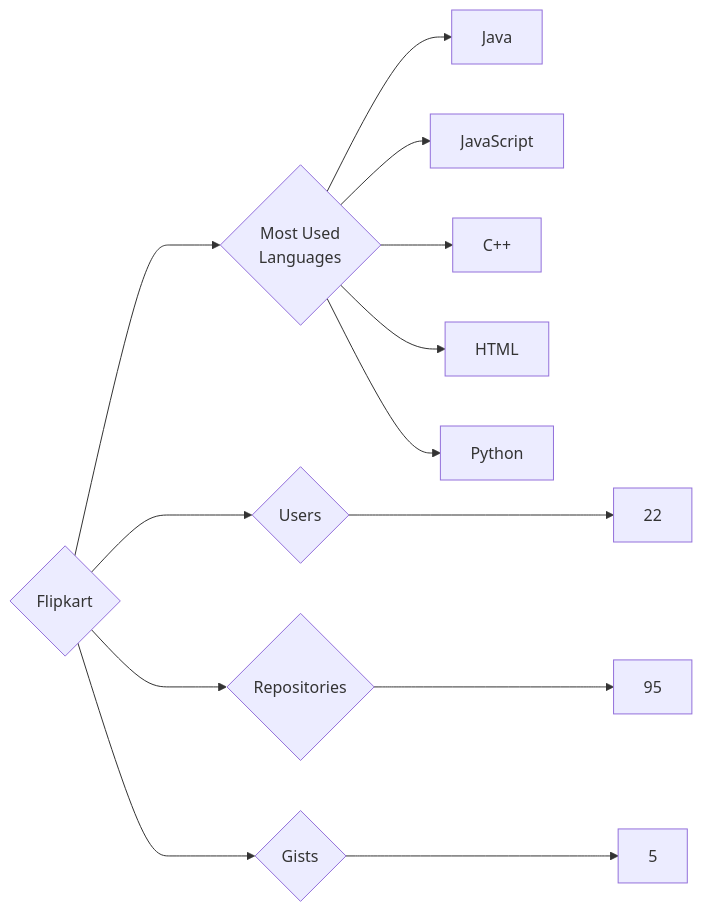
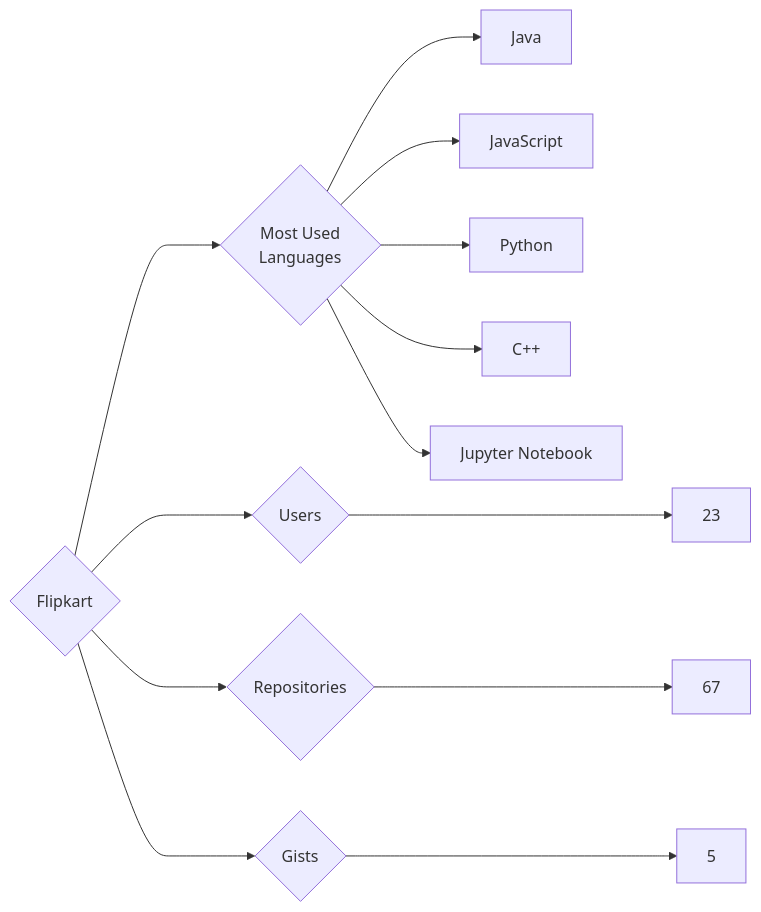
Before and after one commit to trickest/insiders: the diagram in targets/Flipkart/README.md, drawn with Mermaid. The commit also changed 925 other files, not shown here.

````diff
--- a/targets/Flipkart/README.md
+++ b/targets/Flipkart/README.md
@@ -3,13 +3,13 @@
 ```mermaid
 graph LR
 COMPANY_NAME{Flipkart}
-COMPANY_NAME ---> U{Users} ---> UN[22]
-COMPANY_NAME ---> R{Repositories} ---> RN[95]
+COMPANY_NAME ---> U{Users} ---> UN[23]
+COMPANY_NAME ---> R{Repositories} ---> RN[67]
 COMPANY_NAME ---> G{Gists} ---> GN[5]
 COMPANY_NAME ---> ML{Most Used<br>Languages}
 ML --> Java[Java]
 ML --> JavaScript[JavaScript]
+ML --> Python[Python]
 ML --> C++[C++]
-ML --> HTML[HTML]
-ML --> Python[Python]
+ML --> Jupyter_Notebook[Jupyter Notebook]
 ```
````
